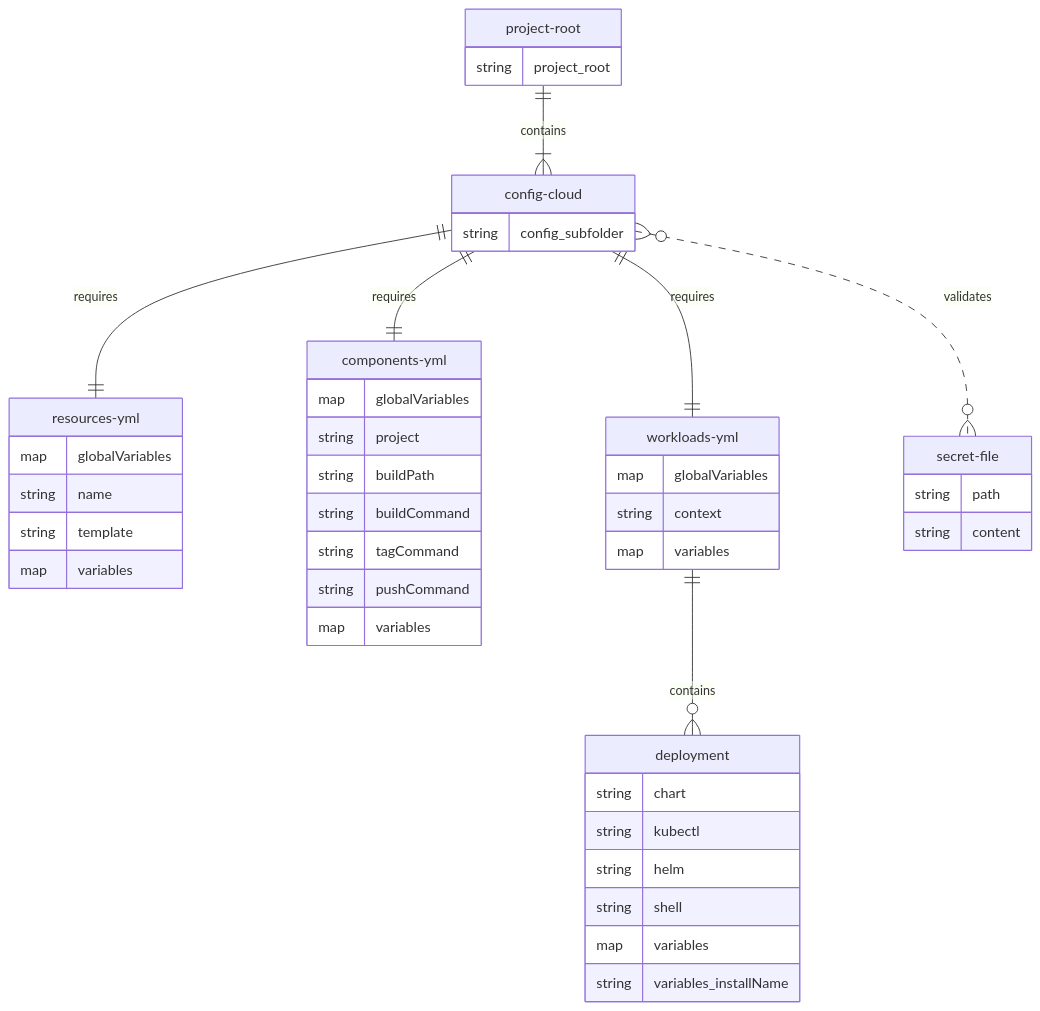
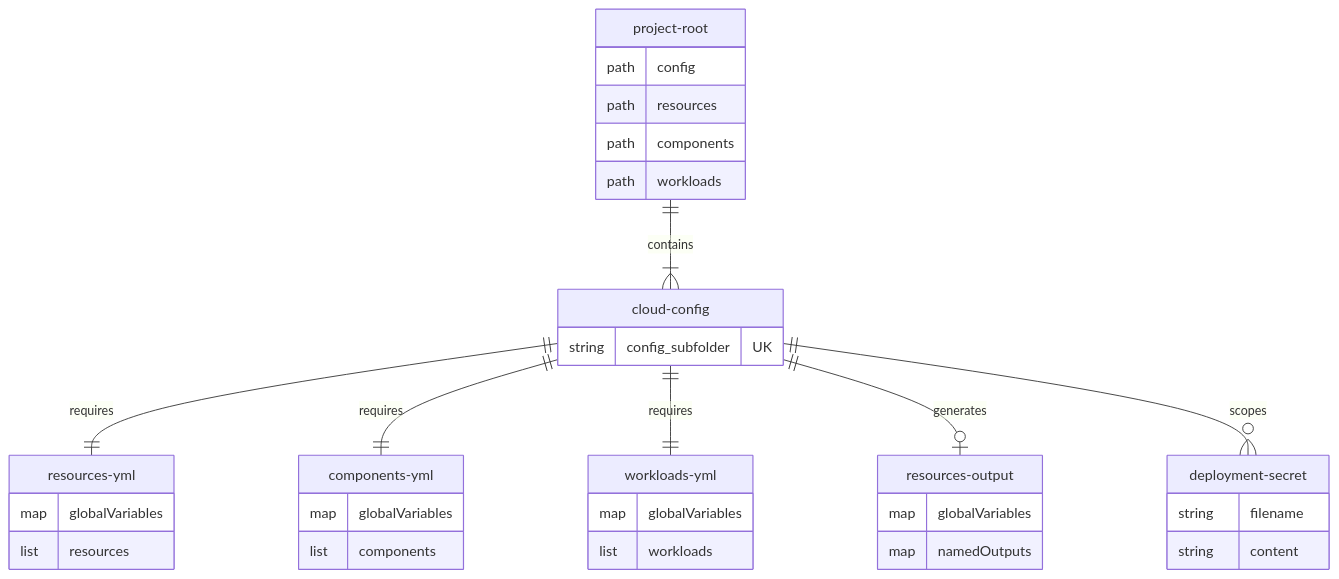
One commit to alissonsol/yuruna changed the first of 6 diagrams in docs/design/05-data-model.md. Above: the diagram before and after it, drawn with Mermaid. The commit also changed other lines of this file and 901 other files, not shown here.

````diff
--- a/docs/design/05-data-model.md
+++ b/docs/design/05-data-model.md
@@ -7,49 +13,39 @@
 ```mermaid
 erDiagram
-  project-root ||--|{ config-cloud : contains
-  config-cloud ||--|| resources-yml : requires
-  config-cloud ||--|| components-yml : requires
-  config-cloud ||--|| workloads-yml : requires
-  workloads-yml ||--o{ deployment : contains
-  %% optional -- secret files are supported but absent from current examples
-  config-cloud }o..o{ secret-file : validates
+    project-root ||--|{ cloud-config : contains
+    cloud-config ||--|| resources-yml : requires
+    cloud-config ||--|| components-yml : requires
+    cloud-config ||--|| workloads-yml : requires
+    cloud-config ||--o| resources-output : generates
+    cloud-config ||--o{ deployment-secret : scopes
 
-  project-root {
-    string project_root
-  }
-  config-cloud {
-    string config_subfolder
-  }
-  resources-yml {
-    map globalVariables
-    string name
-    string template
-    map variables
-  }
-  components-yml {
-    map globalVariables
-    string project
-    string buildPath
-    string buildCommand
-    string tagCommand
-    string pushCommand
-    map variables
-  }
-  workloads-yml {
-    map globalVariables
-    string context
-    map variables
-  }
-  deployment {
-    string chart
-    string kubectl
-    string helm
-    string shell
-    map variables
-    string variables_installName
-  }
-  secret-file {
-    string path
-    string content
-  }
+    project-root {
+        path config
+        path resources
+        path components
+        path workloads
+    }
+    cloud-config {
+        string config_subfolder UK
+    }
+    resources-yml {
+        map globalVariables
+        list resources
+    }
+    components-yml {
+        map globalVariables
+        list components
+    }
+    workloads-yml {
+        map globalVariables
+        list workloads
+    }
+    resources-output {
+        map globalVariables
+        map namedOutputs
+    }
+    deployment-secret {
+        string filename
+        string content
+    }
 ```
````
